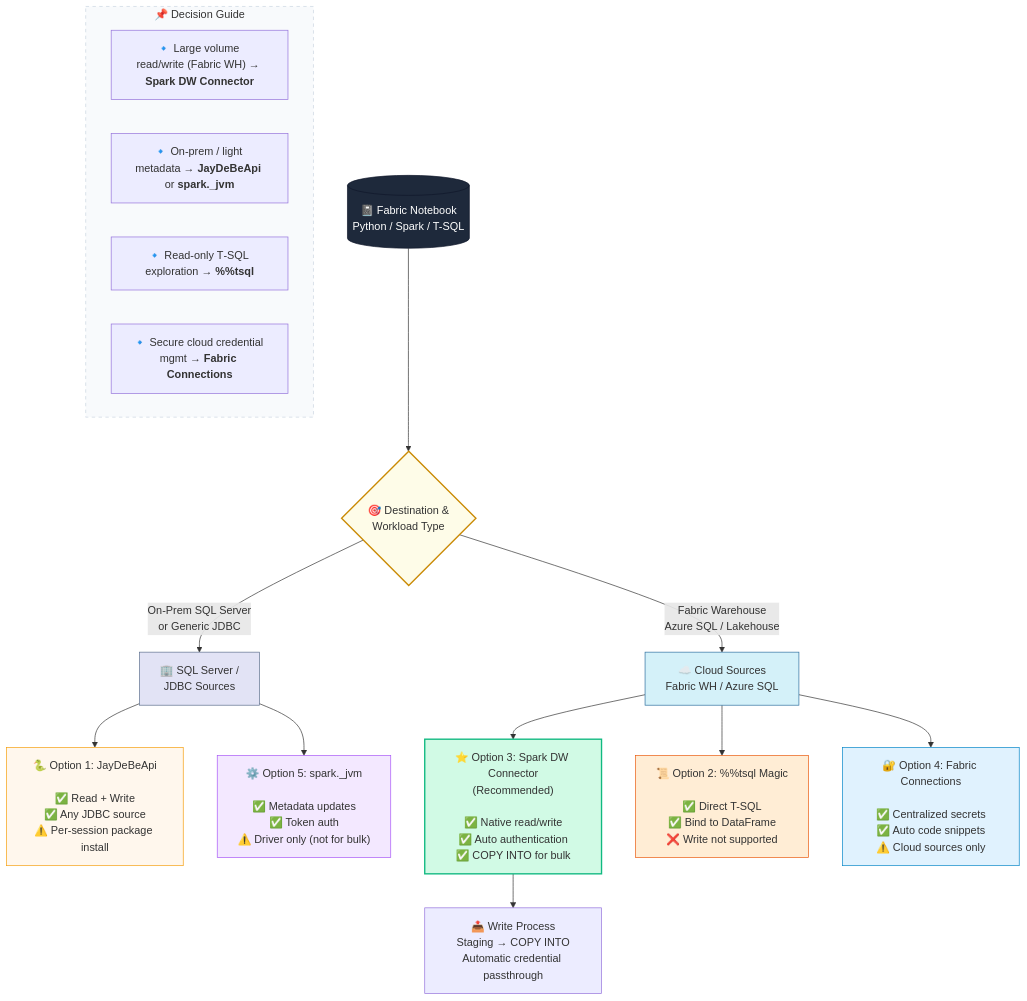
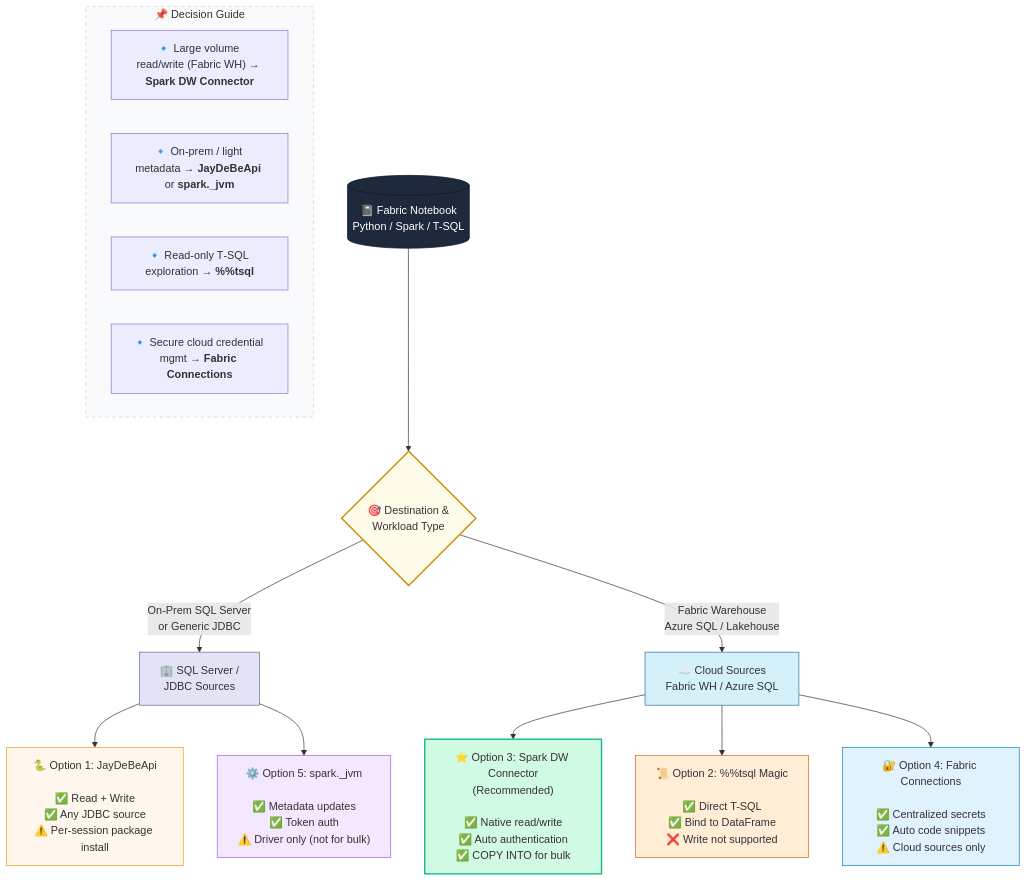
One commit to ZosBHAI/tech_notes changed the diagram in technical_notes/ytube_contents/Fabric/Notebook_JDBC_Util/Connecting_to_jdbc_source.md. Above: the diagram before and after it, drawn with Mermaid.

````diff
--- a/technical_notes/ytube_contents/Fabric/Notebook_JDBC_Util/Connecting_to_jdbc_source.md
+++ b/technical_notes/ytube_contents/Fabric/Notebook_JDBC_Util/Connecting_to_jdbc_source.md
@@ -103,48 +103,47 @@
 ``` mermaid
 flowchart TD
     Start[("📓 Fabric Notebook<br>Python / Spark / T-SQL")]
     
     Start --> Decision{🎯 Destination &<br>Workload Type}
     
     %% On-Prem / Classic SQL Branch
     Decision -->|On-Prem SQL Server<br>or Generic JDBC| OnPremGroup[🏢 SQL Server /<br>JDBC Sources]
     
     OnPremGroup --> JayDeBeApi["🐍 Option 1: JayDeBeApi<br><br>✅ Read + Write<br>✅ Any JDBC source<br>⚠️ Per-session package install"]
     OnPremGroup --> SparkJVM["⚙️ Option 5: spark._jvm<br><br>✅ Metadata updates<br>✅ Token auth<br>⚠️ Driver only (not for bulk)"]
     
     %% Cloud / Fabric Warehouse Branch
     Decision -->|Fabric Warehouse<br>Azure SQL / Lakehouse| CloudGroup[☁️ Cloud Sources<br>Fabric WH / Azure SQL]
     
     CloudGroup --> SparkConnector["⭐ Option 3: Spark DW Connector<br>(Recommended)<br><br>✅ Native read/write<br>✅ Auto authentication<br>✅ COPY INTO for bulk"]
     CloudGroup --> TSQLMagic["📜 Option 2: %%tsql Magic<br><br>✅ Direct T-SQL<br>✅ Bind to DataFrame<br>❌ Write not supported"]
     CloudGroup --> FabricConn["🔐 Option 4: Fabric Connections<br><br>✅ Centralized secrets<br>✅ Auto code snippets<br>⚠️ Cloud sources only"]
     
-    %% Best practice annotations
-    SparkConnector --> WriteDetail["📤 Write Process<br>Staging → COPY INTO<br>Automatic credential passthrough"]
+    
     
     %% Recommendation summary
     subgraph Legend["📌 Decision Guide"]
         L1["🔹 Large volume read/write (Fabric WH) → <b>Spark DW Connector</b>"]
         L2["🔹 On‑prem / light metadata → <b>JayDeBeApi</b> or <b>spark._jvm</b>"]
         L3["🔹 Read‑only T‑SQL exploration → <b>%%tsql</b>"]
         L4["🔹 Secure cloud credential mgmt → <b>Fabric Connections</b>"]
     end
     
     %% Clickable links (GitHub Markdown compatible - renders in Mermaid Live / supported viewers)
     click JayDeBeApi "https://milescole.dev/data-engineering/2024/09/27/Another-Way-to-Connect-to-the-SQL-Endpoint.html" "JayDeBeApi: JDBC from Python"
     click SparkJVM "https://gist.github.com/ZosBHAI/f79ff727292a84dbdb8b56d05d39bfd2" "spark._jvm token auth example"
     click SparkConnector "https://learn.microsoft.com/en-us/fabric/data-engineering/spark-data-warehouse-connector?tabs=pyspark" "Spark Data Warehouse Connector docs"
     click TSQLMagic "https://learn.microsoft.com/en-us/fabric/data-engineering/notebook-manage-magic-commands#tsql-magic" "%%tsql magic command"
     click FabricConn "https://www.youtube.com/watch?v=qjUa_gyBAeM" "Fabric Connections demo"
     
     style Start fill:#1e293b,stroke:#0f172a,color:#fff
     style Decision fill:#fefce8,stroke:#ca8a04,stroke-width:2px
     style OnPremGroup fill:#e2e3f5,stroke:#5b6e8c
     style CloudGroup fill:#d4f1f9,stroke:#2c6e9e
     style SparkConnector fill:#d1fae5,stroke:#10b981,stroke-width:2px
     style JayDeBeApi fill:#fff7ed,stroke:#f59e0b
     style SparkJVM fill:#f3e8ff,stroke:#a855f7
     style TSQLMagic fill:#ffedd5,stroke:#ea580c
     style FabricConn fill:#e0f2fe,stroke:#0284c7
     style Legend fill:#f8fafc,stroke:#cbd5e1,stroke-dasharray: 5 5
 ```
````
